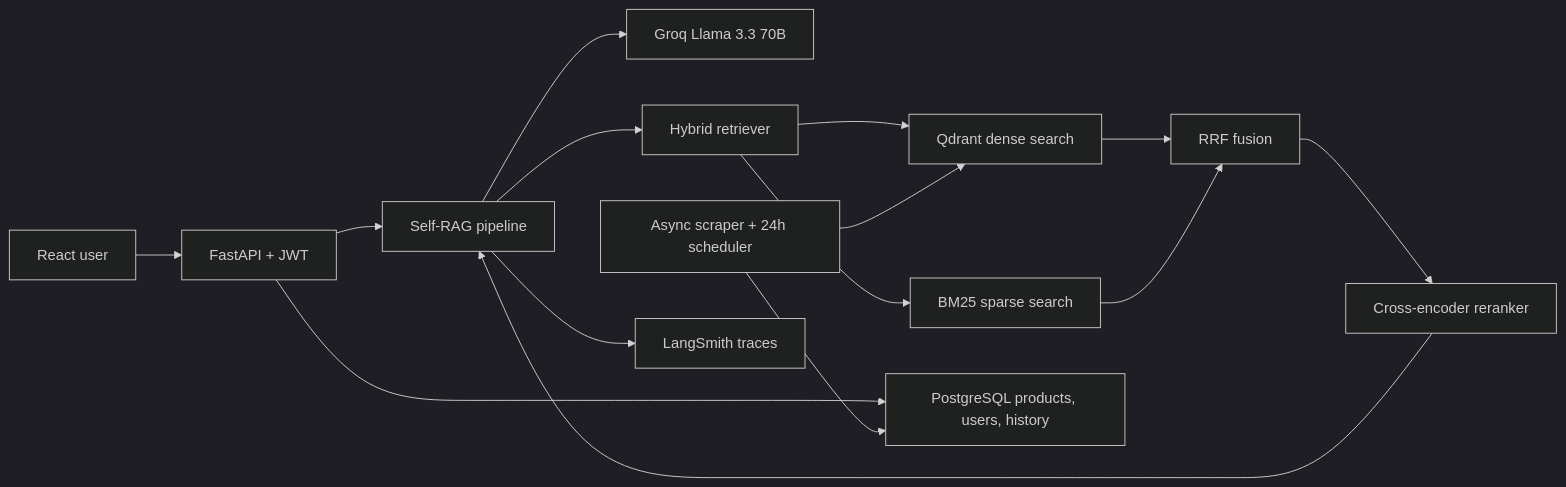
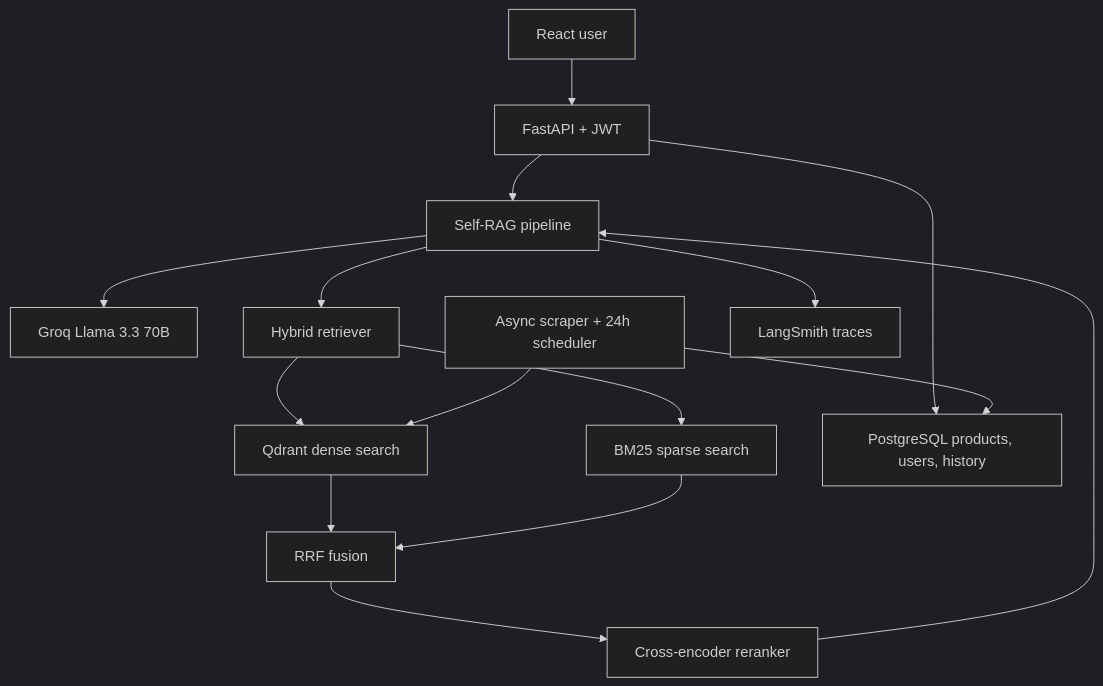
One commit to AmitS1009/TrayaSearch changed the diagram in README.md. Above: the diagram before and after it, drawn with Mermaid (dark theme). The commit also changed other lines of this file, not shown here.

````diff
--- a/README.md
+++ b/README.md
@@ -29,17 +29,17 @@
 ```mermaid
-flowchart LR
+flowchart TB
     U["React user"] --> A["FastAPI + JWT"]
     A --> S["Self-RAG pipeline"]
     S --> G["Groq Llama 3.3 70B"]
     S --> H["Hybrid retriever"]
     H --> Q["Qdrant dense search"]
     H --> B["BM25 sparse search"]
     Q --> R["RRF fusion"]
     B --> R
     R --> C["Cross-encoder reranker"]
     C --> S
     A --> P["PostgreSQL products, users, history"]
     W["Async scraper + 24h scheduler"] --> P
     W --> Q
     S --> L["LangSmith traces"]
 ```
````
